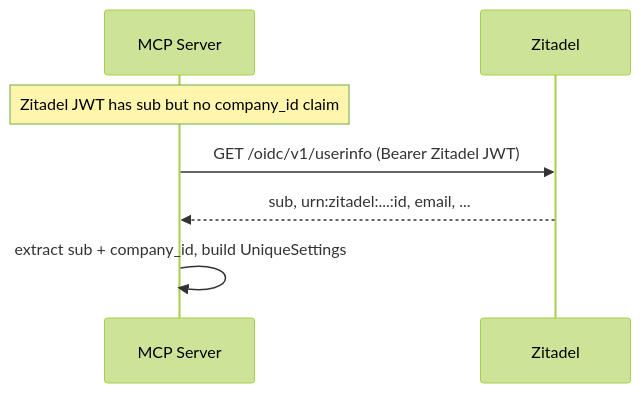
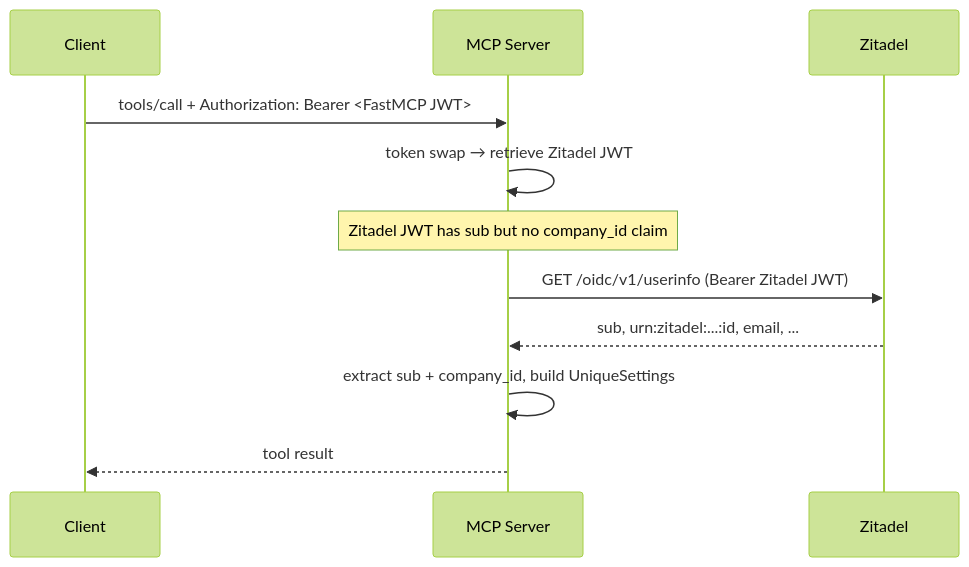
One commit to Unique-AG/ai changed the third of 4 diagrams in unique_mcp/README.md. Above: the diagram before and after it, drawn with Mermaid (forest theme).

Commit message:
docs(unique-mcp): add tool call and result to scenario 2 diagram

````diff
--- a/unique_mcp/README.md
+++ b/unique_mcp/README.md
@@ -136,10 +136,14 @@
 ```mermaid
 sequenceDiagram
+    participant Client
     participant MCP as MCP Server
     participant Zitadel
 
+    Client->>MCP: tools/call + Authorization: Bearer <FastMCP JWT>
+    MCP->>MCP: token swap → retrieve Zitadel JWT
     Note over MCP: Zitadel JWT has sub but no company_id claim
     MCP->>Zitadel: GET /oidc/v1/userinfo (Bearer Zitadel JWT)
     Zitadel-->>MCP: sub, urn:zitadel:...:id, email, ...
     MCP->>MCP: extract sub + company_id, build UniqueSettings
+    MCP-->>Client: tool result
 ```
````
